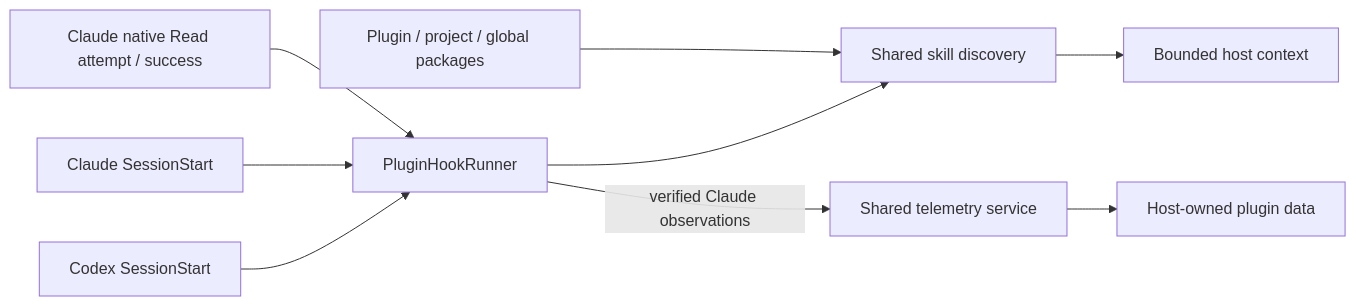
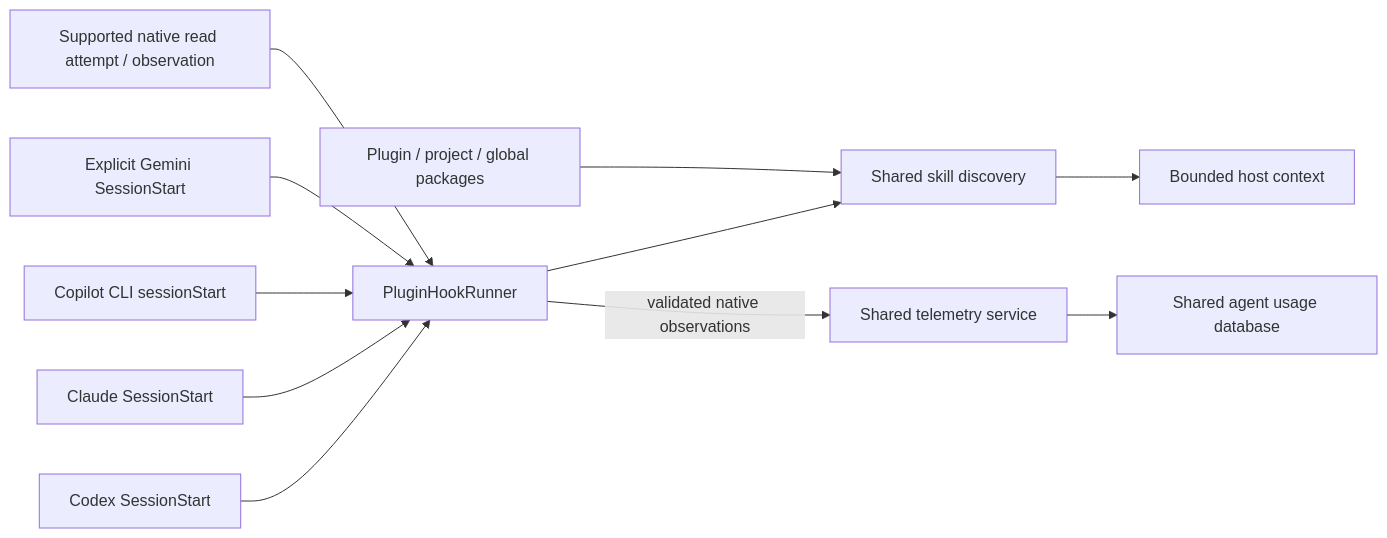
Before and after one commit to i-9-ai/skills: the fourth of 8 diagrams in docs/Architecture.md, drawn with Mermaid. The commit also changed other lines of this file and 154 other files, not shown here.

First line of the commit message:
Complete shared skill telemetry, optional setup and public distribution (#73)

````diff
--- a/docs/Architecture.md
+++ b/docs/Architecture.md
@@ -109,11 +153,13 @@
 ```mermaid
 flowchart LR
     Codex[Codex SessionStart] --> Runner[PluginHookRunner]
     Claude[Claude SessionStart] --> Runner
-    Read[Claude native Read attempt / success] --> Runner
+    Copilot[Copilot CLI sessionStart] --> Runner
+    Gemini[Explicit Gemini SessionStart] --> Runner
+    Read[Supported native read attempt / observation] --> Runner
     Runner --> Discovery[Shared skill discovery]
     Collections[Plugin / project / global packages] --> Discovery
     Discovery --> Overview[Bounded host context]
-    Runner -->|verified Claude observations| Telemetry[Shared telemetry service]
-    Telemetry --> Data[Host-owned plugin data]
+    Runner -->|validated native observations| Telemetry[Shared telemetry service]
+    Telemetry --> Data[Shared agent usage database]
 ```
````
